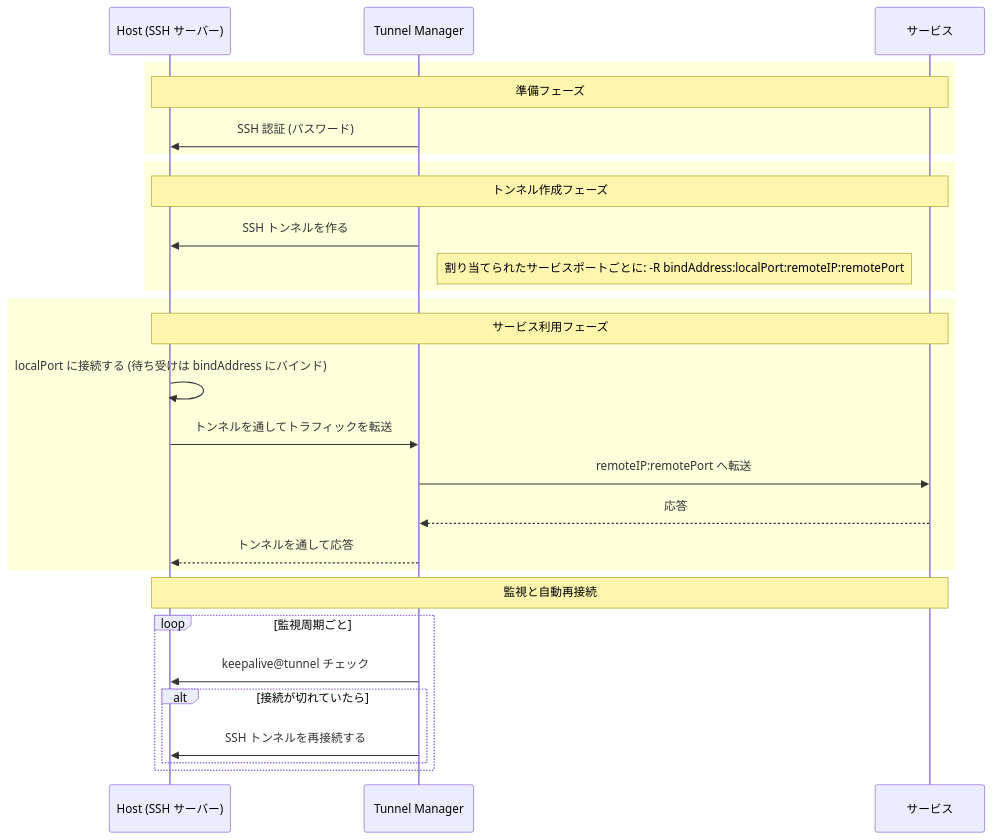
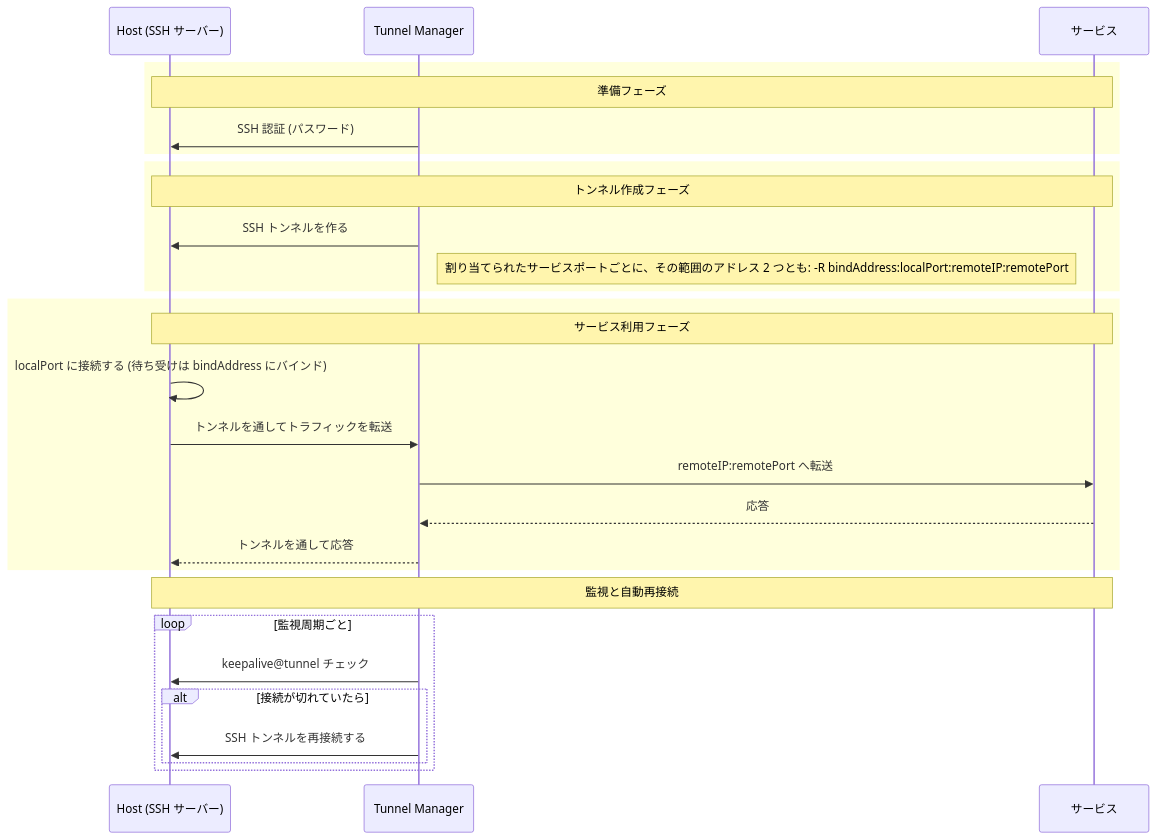
Before and after one commit to jollaman999/tunnel-manager: the diagram in docs/reference.ja.md, drawn with Mermaid. The commit also changed other lines of this file and 3 other files, not shown here.

````diff
--- a/docs/reference.ja.md
+++ b/docs/reference.ja.md
@@ -182,34 +212,34 @@
 ```mermaid
 sequenceDiagram
     participant Host as Host (SSH サーバー)
     participant Bastion as Tunnel Manager
     participant WAS as サービス
 
     rect rgb(255, 255, 220)
         Note over Host,WAS: 準備フェーズ
         Bastion->>Host: SSH 認証 (パスワード)
     end
 
     rect rgb(255, 255, 220)
         Note over Host,WAS: トンネル作成フェーズ
         Bastion->>Host: SSH トンネルを作る
-        Note right of Bastion: 割り当てられたサービスポートごとに: -R bindAddress:localPort:remoteIP:remotePort
+        Note right of Bastion: 割り当てられたサービスポートごとに、その範囲のアドレス 2 つとも: -R bindAddress:localPort:remoteIP:remotePort
     end
 
     rect rgb(255, 255, 220)
         Note over Host,WAS: サービス利用フェーズ
         Host->>Host: localPort に接続する (待ち受けは bindAddress にバインド)
         Host->>Bastion: トンネルを通してトラフィックを転送
         Bastion->>WAS: remoteIP:remotePort へ転送
         WAS-->>Bastion: 応答
         Bastion-->>Host: トンネルを通して応答
     end
 
     Note over Host,WAS: 監視と自動再接続
     loop 監視周期ごと
         Bastion->>Host: keepalive@tunnel チェック
         alt 接続が切れていたら
             Bastion->>Host: SSH トンネルを再接続する
         end
     end
 ```
````
